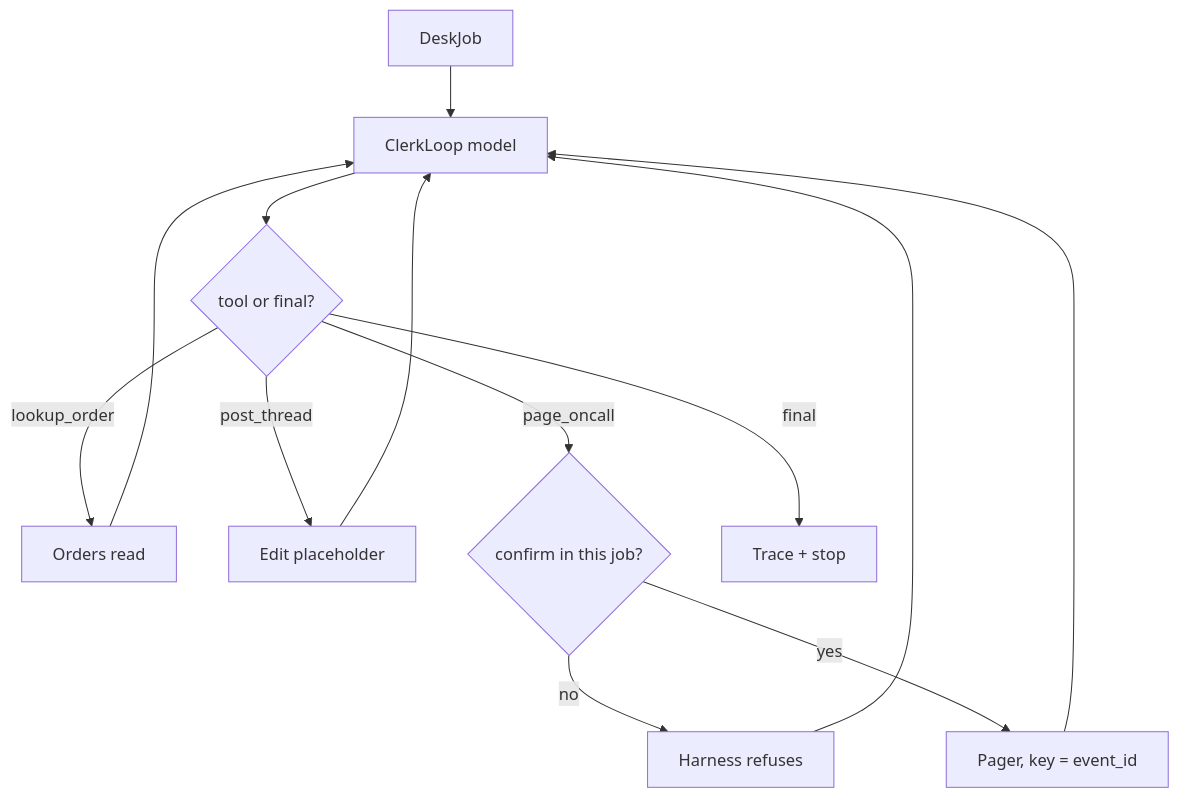
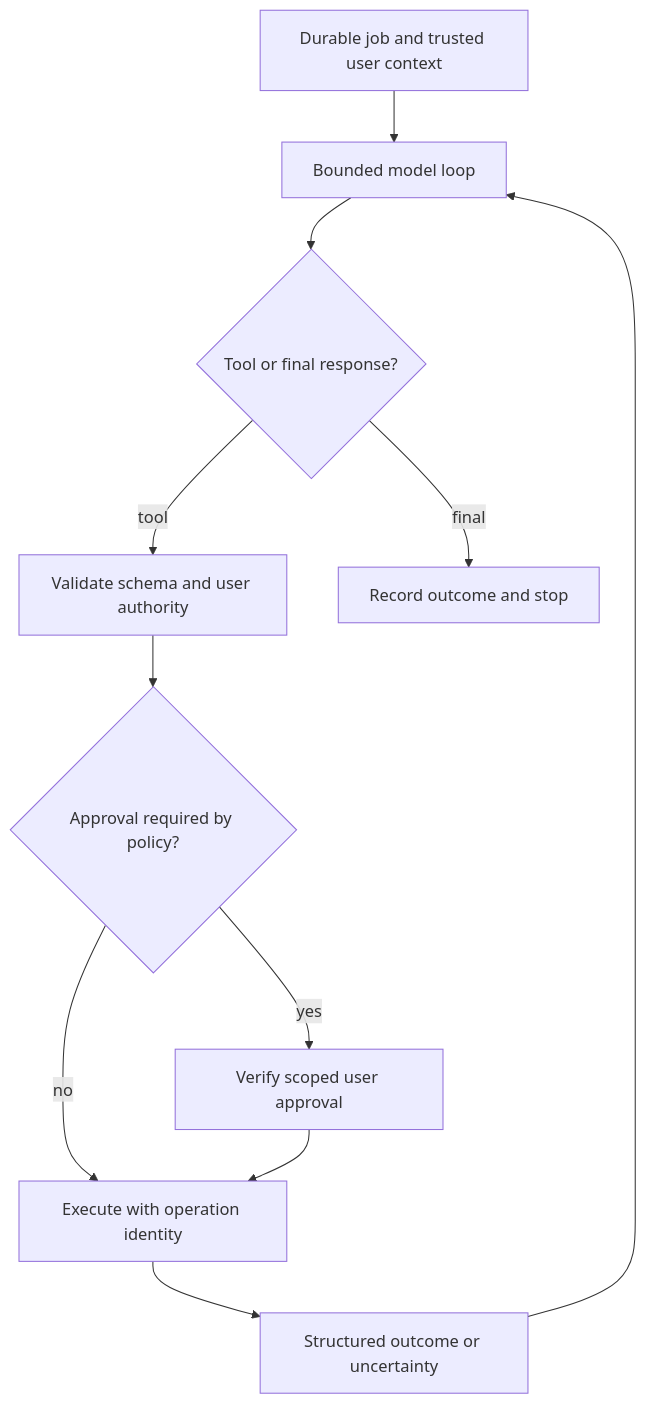
Before and after one commit to jdodsoncollins/study-material: the diagram in lessons/ai-agents/desk-bot/viz/loop.md, drawn with Mermaid. The commit also changed 175 other files, not shown here.

````diff
--- a/lessons/ai-agents/desk-bot/viz/loop.md
+++ b/lessons/ai-agents/desk-bot/viz/loop.md
@@ -3,15 +3,13 @@
 ```mermaid
 flowchart TB
-  job[DeskJob] --> model[ClerkLoop model]
-  model --> tool{tool or final?}
-  tool -->|lookup_order| inv[Orders read]
-  tool -->|post_thread| post[Edit placeholder]
-  tool -->|page_oncall| gate{confirm in this job?}
-  gate -->|no| refuse[Harness refuses]
-  gate -->|yes| page[Pager, key = event_id]
-  inv --> model
-  post --> model
-  page --> model
-  tool -->|final| stop[Trace + stop]
-  refuse --> model
+  job[Durable job and trusted user context] --> model[Bounded model loop]
+  model --> proposal{Tool or final response?}
+  proposal -->|tool| auth[Validate schema and user authority]
+  auth --> gate{Approval required by policy?}
+  gate -->|yes| approve[Verify scoped user approval]
+  gate -->|no| execute[Execute with operation identity]
+  approve --> execute
+  execute --> obs[Structured outcome or uncertainty]
+  obs --> model
+  proposal -->|final| stop[Record outcome and stop]
 ```
````
